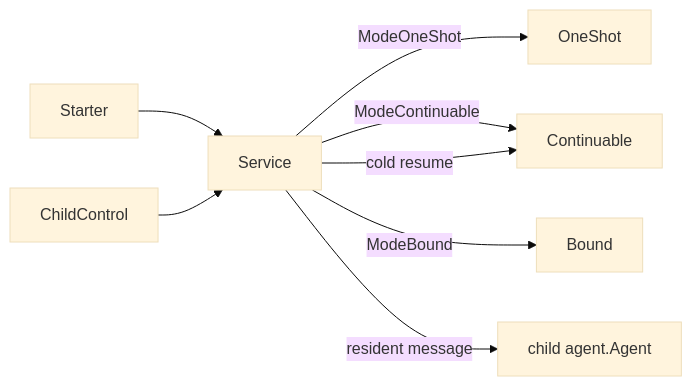
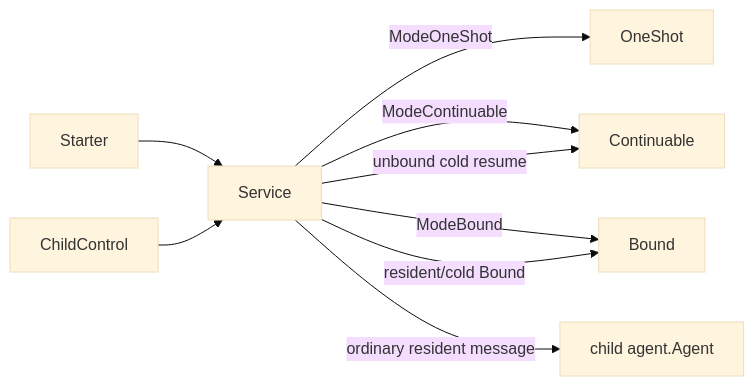
One commit to gorenx/goren changed the diagram in subagent/internal/subagents/README.zh-CN.md. Above: the diagram before and after it, drawn with Mermaid (base theme). The commit also changed other lines of this file and 13 other files, not shown here.

````diff
--- a/subagent/internal/subagents/README.zh-CN.md
+++ b/subagent/internal/subagents/README.zh-CN.md
@@ -5,10 +5,11 @@
 ```mermaid
 flowchart LR
     Starter --> Service
     ChildControl --> Service
     Service -->|ModeOneShot| OneShot
     Service -->|ModeContinuable| Continuable
     Service -->|ModeBound| Bound
-    Service -->|resident message| ChildAgent[child agent.Agent]
-    Service -->|cold resume| Continuable
+    Service -->|ordinary resident message| ChildAgent[child agent.Agent]
+    Service -->|resident/cold Bound| Bound
+    Service -->|unbound cold resume| Continuable
 ```
````
